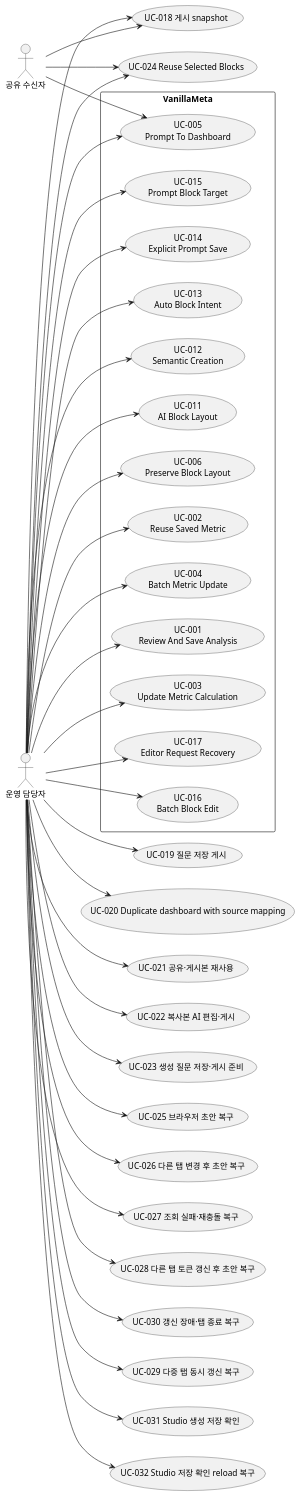
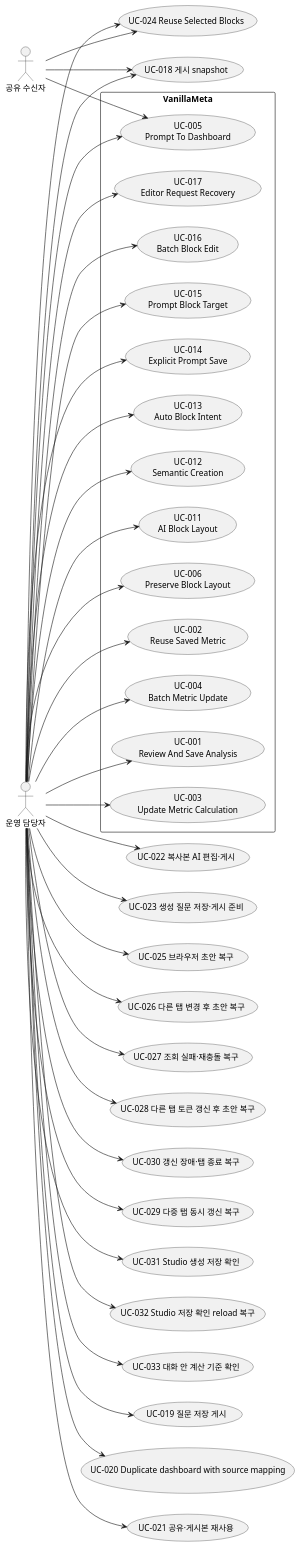
One commit to vanillabrain/vanillameta changed the diagram in docs/use_cases.puml. Above: the diagram before and after it, drawn with PlantUML. The commit also changed 16 other files, not shown here.

```diff
--- a/docs/use_cases.puml
+++ b/docs/use_cases.puml
@@ -1,66 +1,68 @@
 @startuml
 left to right direction
 actor "운영 담당자" as operator
 rectangle "VanillaMeta" {
  usecase "UC-017\nEditor Request Recovery" as UC017
  usecase "UC-016\nBatch Block Edit" as UC016
  usecase "UC-015\nPrompt Block Target" as UC015
  usecase "UC-014\nExplicit Prompt Save" as UC014
  usecase "UC-013\nAuto Block Intent" as UC013
  usecase "UC-012\nSemantic Creation" as UC012
  usecase "UC-011\nAI Block Layout" as UC011
  usecase "UC-006\nPreserve Block Layout" as UC006
  usecase "UC-005\nPrompt To Dashboard" as UC005
  usecase "UC-004\nBatch Metric Update" as UC004
  usecase "UC-001\nReview And Save Analysis" as UC001
  usecase "UC-003\nUpdate Metric Calculation" as UC003
  usecase "UC-002\nReuse Saved Metric" as UC002
 }
 operator --> UC015
 operator --> UC014
 operator --> UC013
 operator --> UC012
 operator --> UC011
 operator --> UC006
 operator --> UC005
 actor "공유 수신자" as recipient
 recipient --> UC005
 operator --> UC004
 operator --> UC003
 operator --> UC002
 operator --> UC001
 operator --> UC016
 operator --> UC017
 usecase "UC-018 게시 snapshot" as UC018
 operator --> UC018
 recipient --> UC018
 usecase "UC-019 질문 저장 게시" as UC019
 operator --> UC019
 usecase "UC-020 Duplicate dashboard with source mapping" as UC020
 operator --> UC020
 usecase "UC-021 공유·게시본 재사용" as UC021
 operator --> UC021
 usecase "UC-022 복사본 AI 편집·게시" as UC022
 operator --> UC022
 usecase "UC-023 생성 질문 저장·게시 준비" as UC023
 operator --> UC023
 usecase "UC-024 Reuse Selected Blocks" as UC024
 operator --> UC024
 recipient --> UC024
 usecase "UC-025 브라우저 초안 복구" as UC025
 operator --> UC025
 usecase "UC-026 다른 탭 변경 후 초안 복구" as UC026
 operator --> UC026
 usecase "UC-027 조회 실패·재충돌 복구" as UC027
 operator --> UC027
 usecase "UC-028 다른 탭 토큰 갱신 후 초안 복구" as UC028
 operator --> UC028
 usecase "UC-030 갱신 장애·탭 종료 복구" as UC030
 usecase "UC-029 다중 탭 동시 갱신 복구" as UC029
 operator --> UC029
 operator --> UC030
 usecase "UC-031 Studio 생성 저장 확인" as UC031
 operator --> UC031
 usecase "UC-032 Studio 저장 확인 reload 복구" as UC032
 operator --> UC032
+usecase "UC-033 대화 안 계산 기준 확인" as UC033
+operator --> UC033
 @enduml
```
